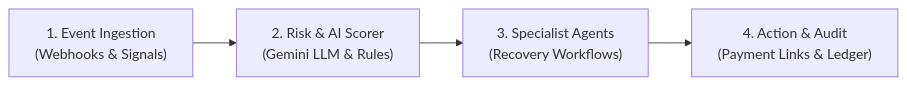
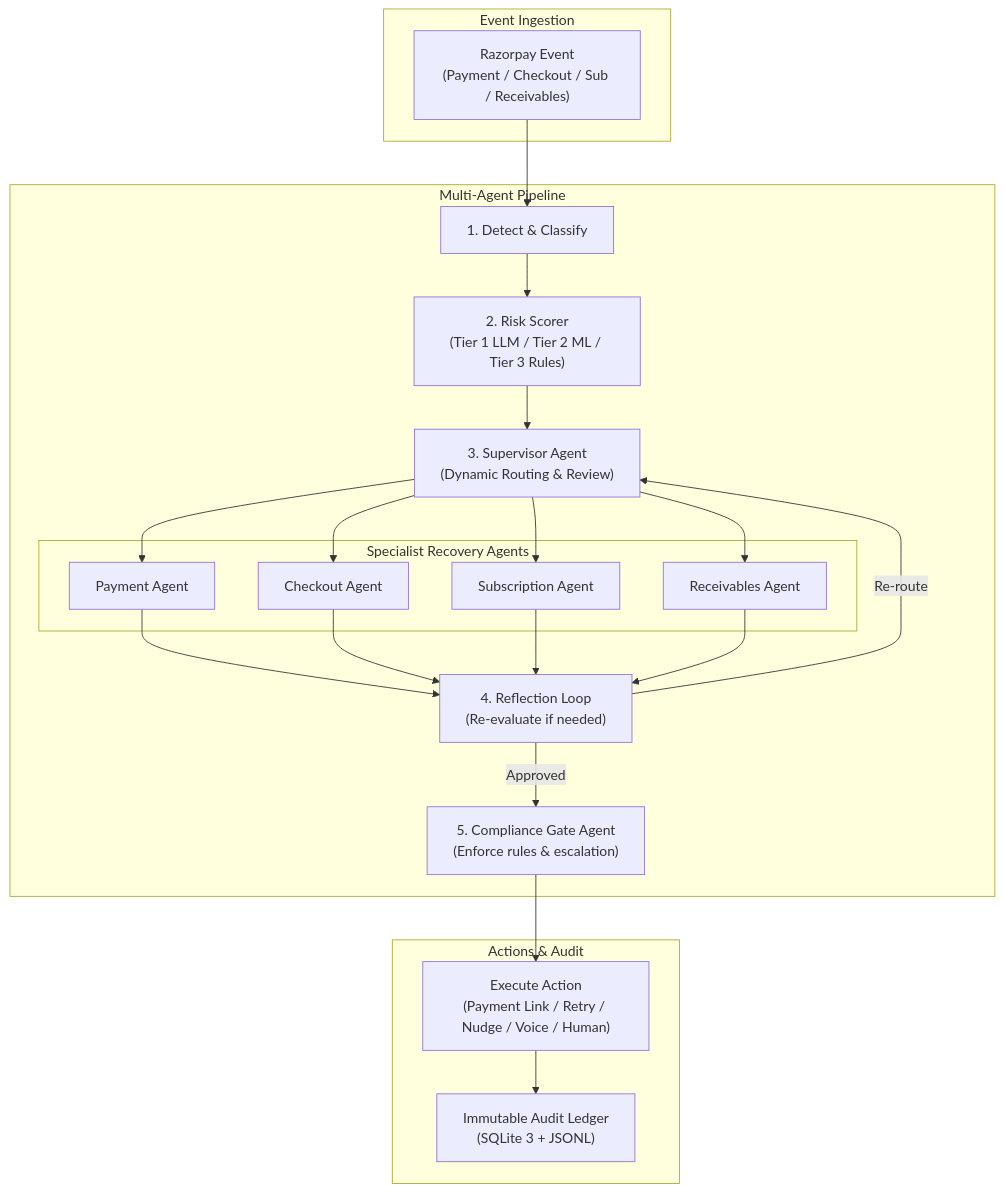
Before and after one commit to abhiraj-bambhore/Razor-RevX: the first of 2 diagrams in README.md, drawn with Mermaid. The commit also changed other lines of this file and 24 other files, not shown here.

Commit message:
feat(multi-agent-ml): upgrade to stateful multi-agent system, 3-tier ML fallback engine, and Hinglish voice IVR calls

````diff
--- a/README.md
+++ b/README.md
@@ -37,6 +47,34 @@
 ```mermaid
-flowchart LR
-    A["1. Event Ingestion\n(Webhooks & Signals)"] --> B["2. Risk & AI Scorer\n(Gemini LLM & Rules)"]
-    B --> C["3. Specialist Agents\n(Recovery Workflows)"]
-    C --> D["4. Action & Audit\n(Payment Links & Ledger)"]
+flowchart TD
+    subgraph E["Event Ingestion"]
+        EV["Razorpay Event\n(Payment / Checkout / Sub / Receivables)"]
+    end
+
+    subgraph M["Multi-Agent Pipeline"]
+        DET["1. Detect & Classify"]
+        SCORE["2. Risk Scorer\n(Tier 1 LLM / Tier 2 ML / Tier 3 Rules)"]
+        SUP["3. Supervisor Agent\n(Dynamic Routing & Review)"]
+        
+        subgraph SPEC["Specialist Recovery Agents"]
+            PA["Payment Agent"]
+            CA["Checkout Agent"]
+            SA["Subscription Agent"]
+            RA["Receivables Agent"]
+        end
+
+        REF["4. Reflection Loop\n(Re-evaluate if needed)"]
+        CG["5. Compliance Gate Agent\n(Enforce rules & escalation)"]
+    end
+
+    subgraph A["Actions & Audit"]
+        EXEC["Execute Action\n(Payment Link / Retry / Nudge / Voice / Human)"]
+        AUDIT["Immutable Audit Ledger\n(SQLite 3 + JSONL)"]
+    end
+
+    EV --> DET --> SCORE --> SUP
+    SUP --> PA & CA & SA & RA
+    PA & CA & SA & RA --> REF
+    REF -- "Approved" --> CG
+    REF -- "Re-route" --> SUP
+    CG --> EXEC --> AUDIT
 ```
````
